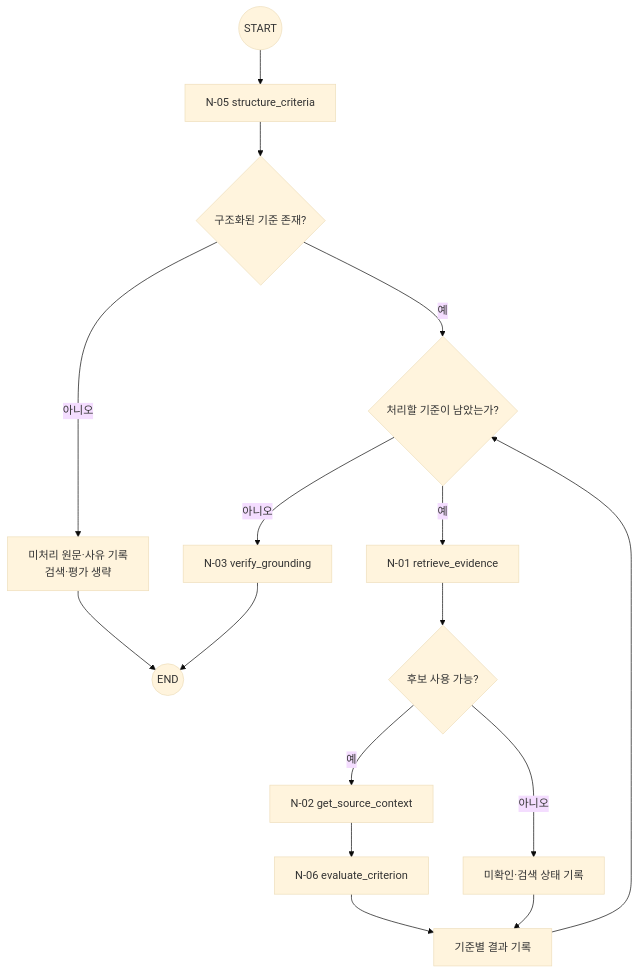
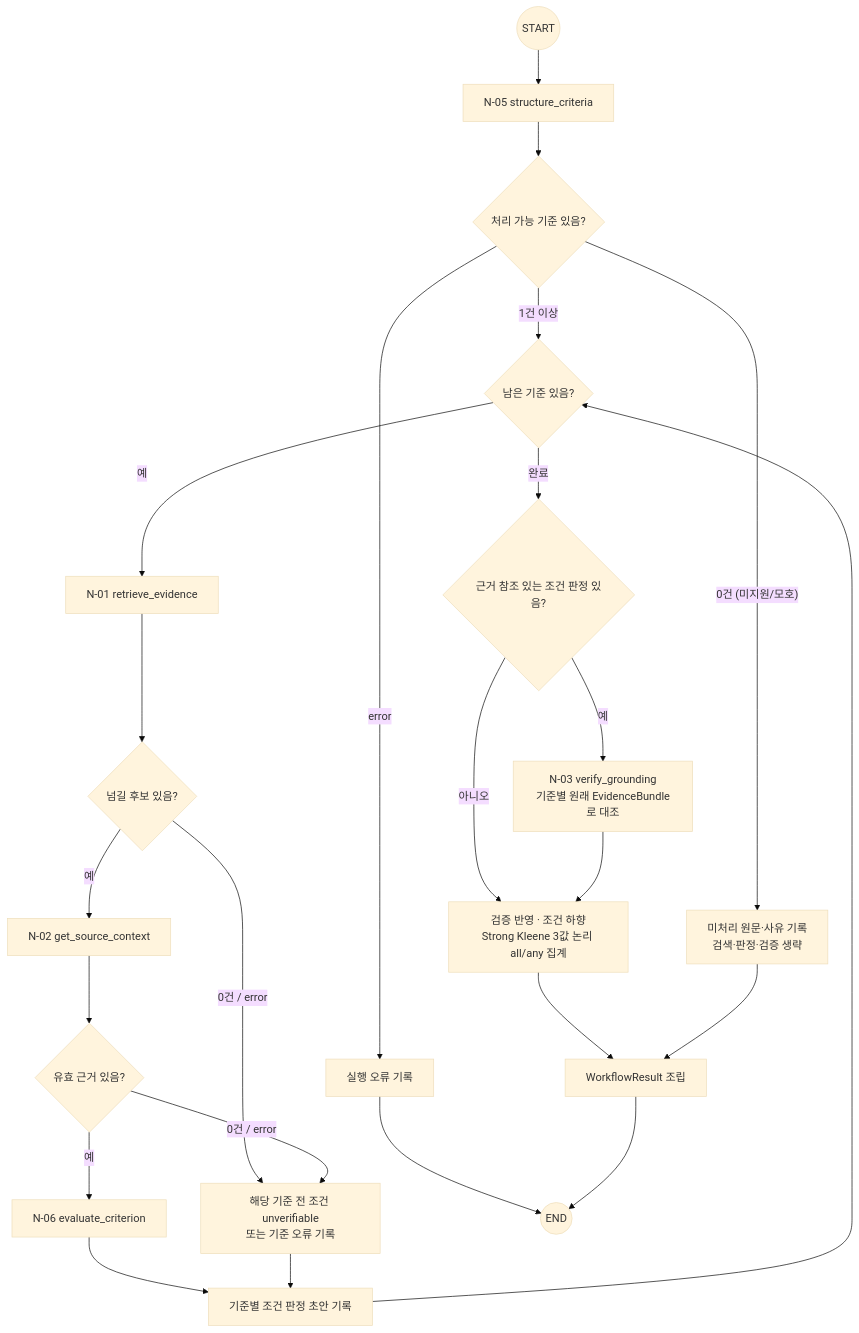
Before and after one commit to Jungminii-1114/ReportAnchor: the diagram in docs/big-nodes/T-02.md, drawn with Mermaid (base theme). The commit also changed other lines of this file and 14 other files, not shown here.

````diff
--- a/docs/big-nodes/T-02.md
+++ b/docs/big-nodes/T-02.md
@@ -71,18 +42,26 @@
 ```mermaid
 flowchart TD
   START((START)) --> N05["N-05 structure_criteria"]
-  N05 --> CHECK{"구조화된 기준 존재?"}
-  CHECK -->|예| LOOP{"처리할 기준이 남았는가?"}
-  CHECK -->|아니오| NO_CRITERIA["미처리 원문·사유 기록<br/>검색·평가 생략"]
-  NO_CRITERIA --> END((END))
+  N05 --> CHECK{"처리 가능 기준 있음?"}
+  CHECK -->|"error"| ERR["실행 오류 기록"]
+  CHECK -->|"0건 (미지원/모호)"| NO_CRITERIA["미처리 원문·사유 기록<br/>검색·판정·검증 생략"]
+  CHECK -->|"1건 이상"| LOOP{"남은 기준 있음?"}
   LOOP -->|예| N01["N-01 retrieve_evidence"]
-  N01 --> D{"후보 사용 가능?"}
-  D -->|예| N02["N-02 get_source_context"]
-  D -->|아니오| HOLD["미확인·검색 상태 기록"]
-  N02 --> N06["N-06 evaluate_criterion"]
-  N06 --> SAVE["기준별 결과 기록"]
+  N01 --> C{"넘길 후보 있음?"}
+  C -->|예| N02["N-02 get_source_context"]
+  C -->|"0건 / error"| HOLD["해당 기준 전 조건 unverifiable<br/>또는 기준 오류 기록"]
+  N02 --> D{"유효 근거 있음?"}
+  D -->|예| N06["N-06 evaluate_criterion"]
+  D -->|"0건 / error"| HOLD
+  N06 --> SAVE["기준별 조건 판정 초안 기록"]
   HOLD --> SAVE
   SAVE --> LOOP
-  LOOP -->|아니오| N03["N-03 verify_grounding"]
-  N03 --> END((END))
+  LOOP -->|완료| E{"근거 참조 있는 조건 판정 있음?"}
+  E -->|예| N03["N-03 verify_grounding<br/>기준별 원래 EvidenceBundle로 대조"]
+  E -->|아니오| AGG["검증 반영 · 조건 하향<br/>Strong Kleene 3값 논리 all/any 집계"]
+  N03 --> AGG
+  AGG --> RESULT["WorkflowResult 조립"]
+  NO_CRITERIA --> RESULT
+  ERR --> END((END))
+  RESULT --> END
 ```
````
